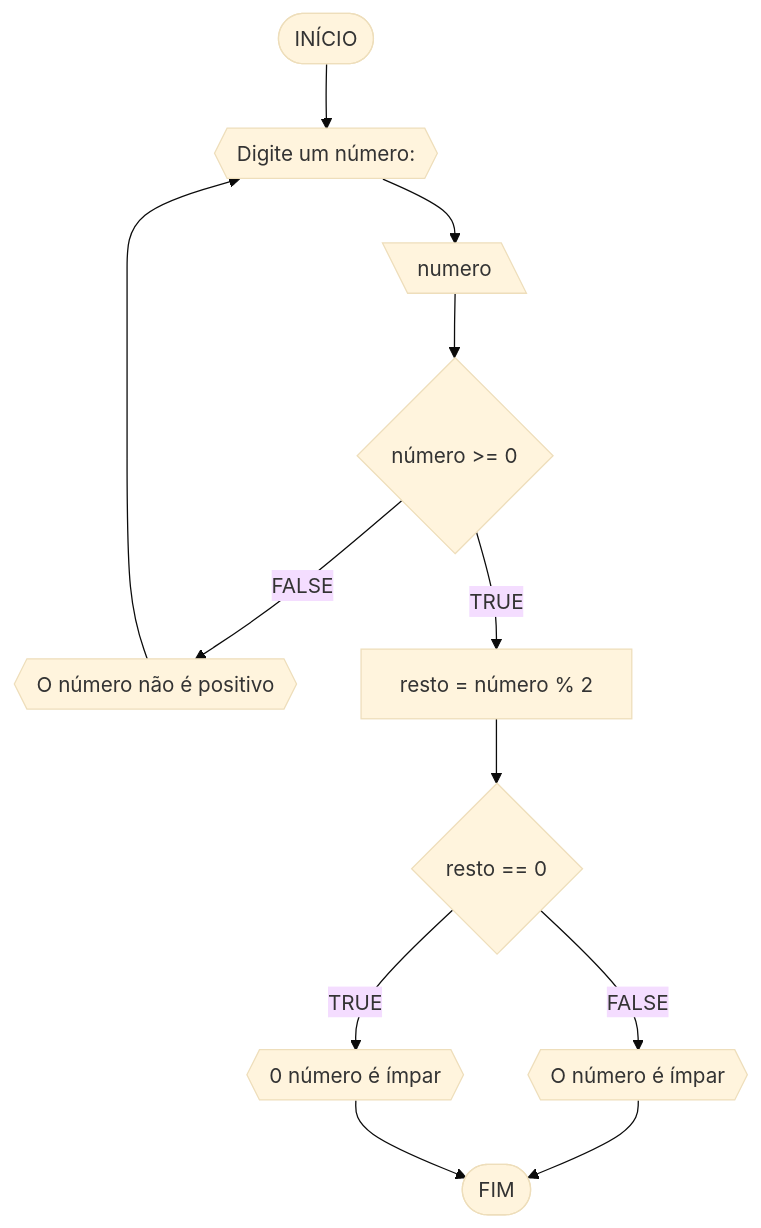
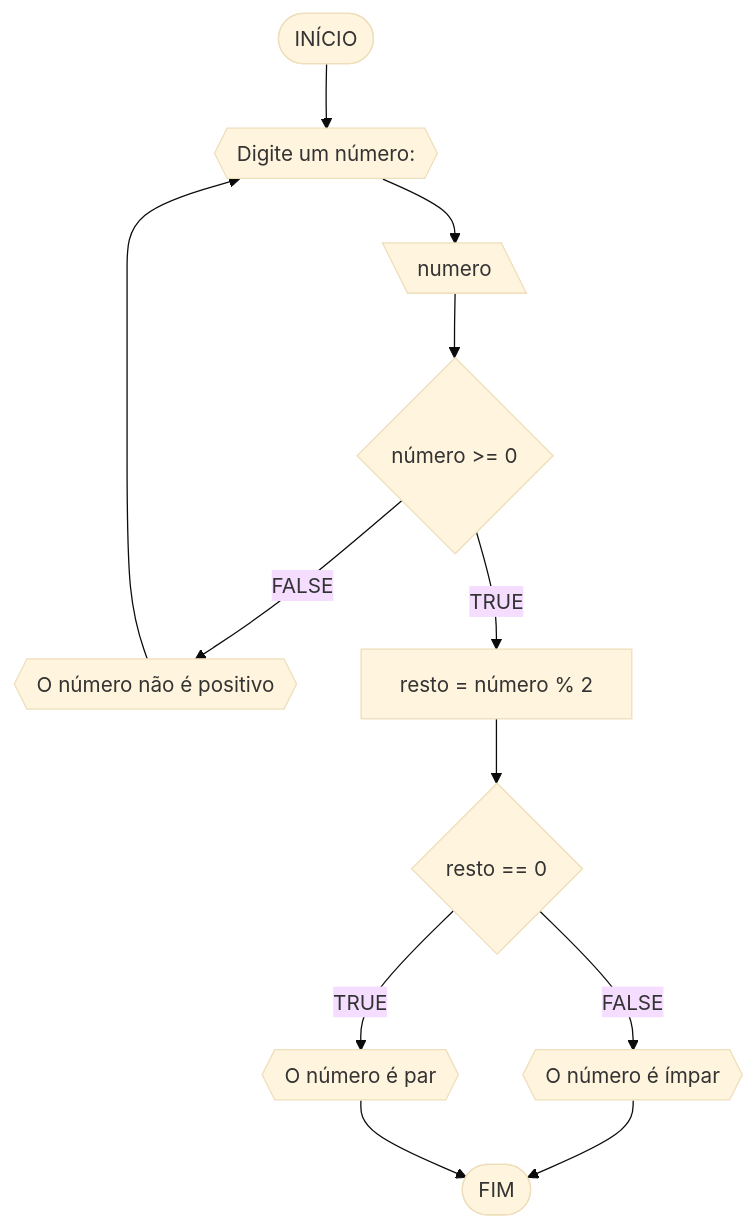
The diagram in RLA/AF1/lista01.md (LucasCarreiro7/UNIFOR), drawn with Mermaid (base theme) before and after one commit. The commit also changed other lines of this file, not shown here.

````diff
--- a/RLA/AF1/lista01.md
+++ b/RLA/AF1/lista01.md
@@ -30,14 +30,14 @@
 ```mermaid
 flowchart TD
 A([INÍCIO]) --> B{{Digite um número:}}
 B --> C[\numero\]
 C --> D{número >= 0}
 D --FALSE--> E{{O número não é positivo}}
 D --TRUE--> F[resto = número % 2]
 E --> B
 F --> G{resto == 0}
 G --FALSE--> H{{O número é ímpar}}
-G --TRUE--> I{{0 número é ímpar}}
+G --TRUE--> I{{O número é par }}
 H --> Z([FIM])
 I --> Z([FIM])
 ```
````
